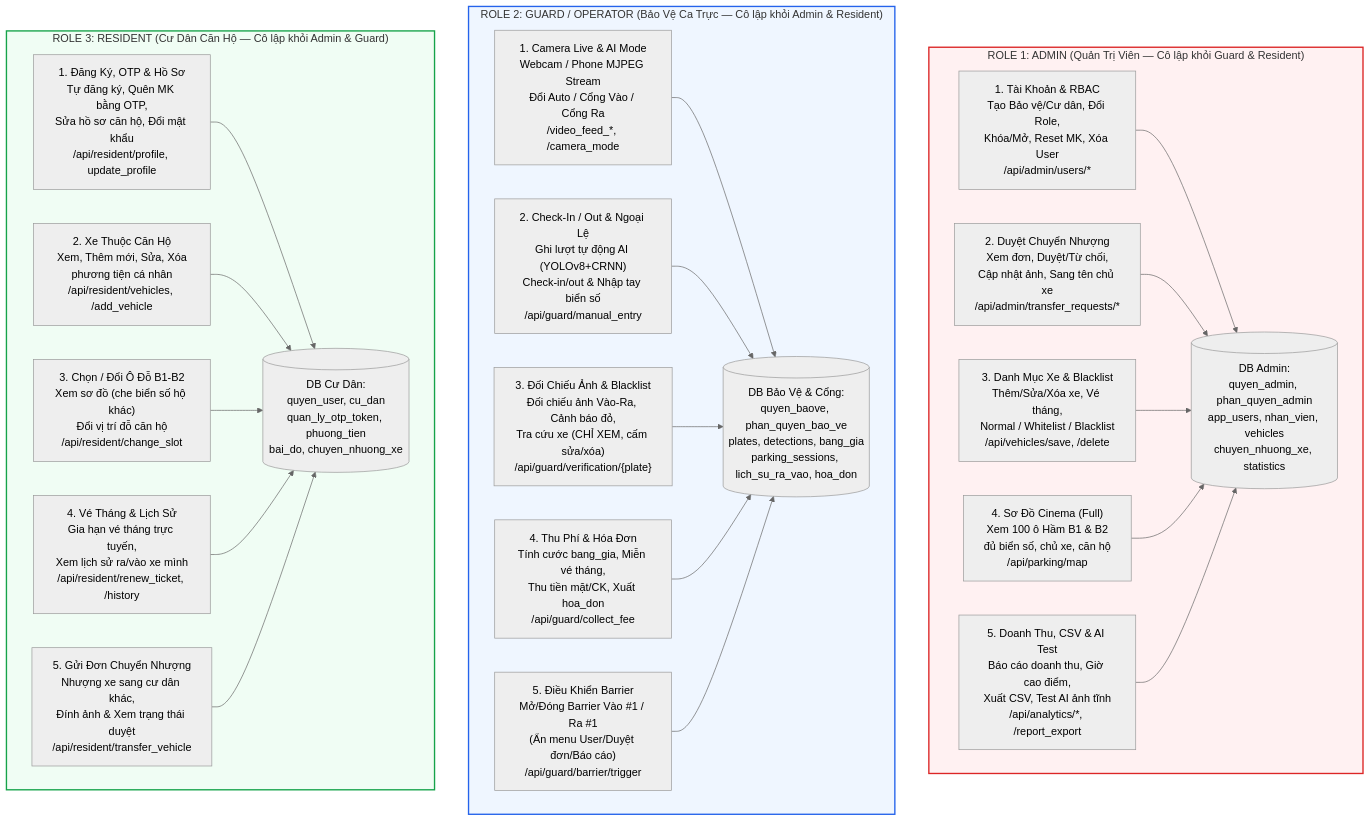
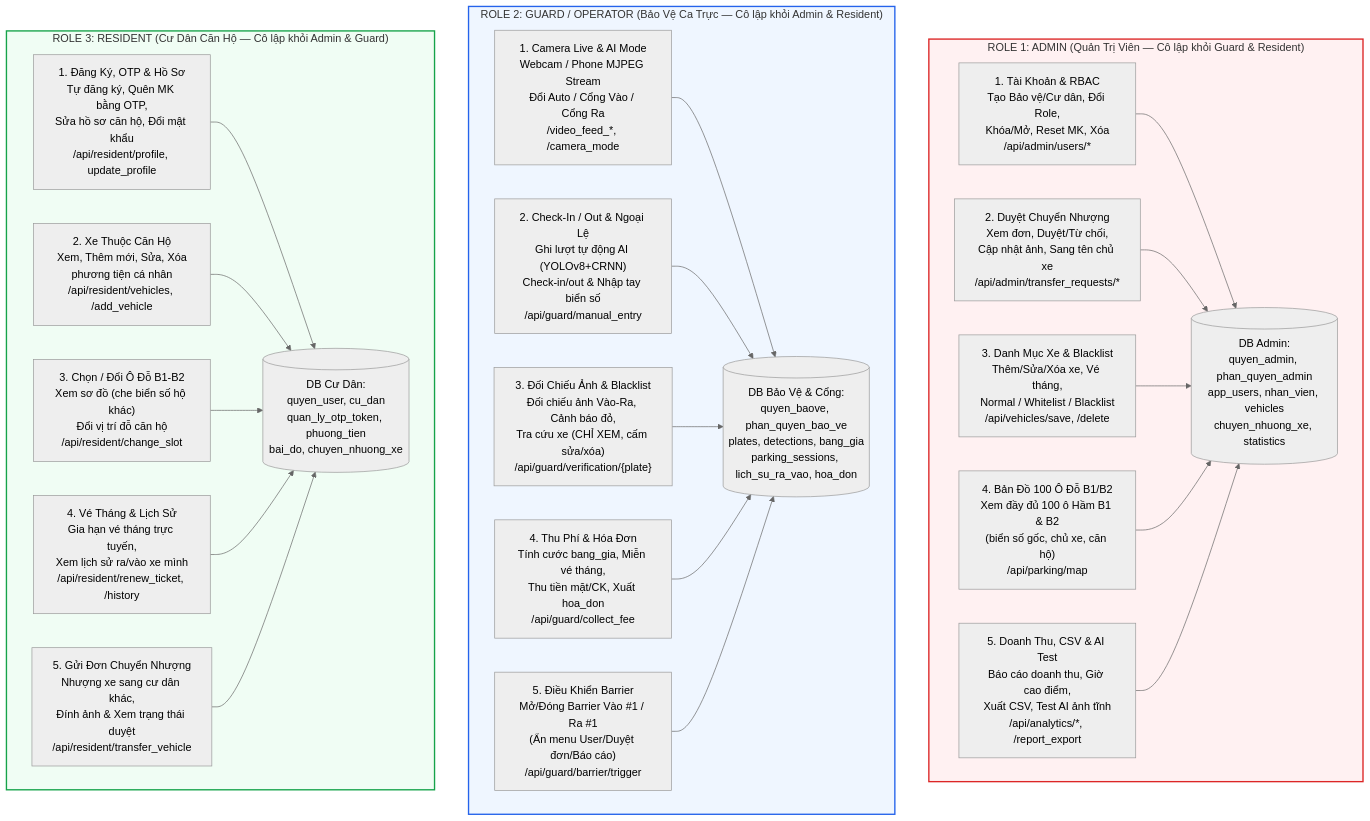
The second of 3 diagrams in README.md (Truong027/CNPM24), drawn with Mermaid (neutral theme) before and after one commit. The commit also changed other lines of this file and 1 other file, not shown here.

Commit message:
docs: isolate Admin/Guard/Resident panels and ban uses / uses guard view arrows in README & GitDiagram prompt

````diff
--- a/README.md
+++ b/README.md
@@ -73,57 +82,57 @@
 ```mermaid
 flowchart TB
     %% ================= ROLE 1: ADMIN (TÁCH BIỆT) =================
     subgraph Role1["ROLE 1: ADMIN (Quản Trị Viên — Cô lập khỏi Guard & Resident)"]
         direction LR
-        A_Users["1. Tài Khoản & RBAC<br/>Tạo Bảo vệ/Cư dân, Đổi Role,<br/>Khóa/Mở, Reset MK, Xóa User<br/>/api/admin/users/*"]
+        A_Users["1. Tài Khoản & RBAC<br/>Tạo Bảo vệ/Cư dân, Đổi Role,<br/>Khóa/Mở, Reset MK, Xóa<br/>/api/admin/users/*"]
         A_Transfer["2. Duyệt Chuyển Nhượng<br/>Xem đơn, Duyệt/Từ chối,<br/>Cập nhật ảnh, Sang tên chủ xe<br/>/api/admin/transfer_requests/*"]
         A_Veh["3. Danh Mục Xe & Blacklist<br/>Thêm/Sửa/Xóa xe, Vé tháng,<br/>Normal / Whitelist / Blacklist<br/>/api/vehicles/save, /delete"]
-        A_Map["4. Sơ Đồ Cinema (Full)<br/>Xem 100 ô Hầm B1 & B2<br/>đủ biển số, chủ xe, căn hộ<br/>/api/parking/map"]
+        A_Map["4. Bản Đồ 100 Ô Đỗ B1/B2<br/>Xem đầy đủ 100 ô Hầm B1 & B2<br/>(biển số gốc, chủ xe, căn hộ)<br/>/api/parking/map"]
         A_Stat["5. Doanh Thu, CSV & AI Test<br/>Báo cáo doanh thu, Giờ cao điểm,<br/>Xuất CSV, Test AI ảnh tĩnh<br/>/api/analytics/*, /report_export"]
         A_DB[("DB Admin:<br/>quyen_admin, phan_quyen_admin<br/>app_users, nhan_vien, vehicles<br/>chuyen_nhuong_xe, statistics")]
 
         A_Users --> A_DB
         A_Transfer --> A_DB
         A_Veh --> A_DB
         A_Map --> A_DB
         A_Stat --> A_DB
     end
 
-    %% ================= ROLE 2: GUARD / OPERATOR (TÁCH BIỆT) =================
+    %% ================= ROLE 2: GUARD (TÁCH BIỆT) =================
     subgraph Role2["ROLE 2: GUARD / OPERATOR (Bảo Vệ Ca Trực — Cô lập khỏi Admin & Resident)"]
         direction LR
         G_Cam["1. Camera Live & AI Mode<br/>Webcam / Phone MJPEG Stream<br/>Đổi Auto / Cổng Vào / Cổng Ra<br/>/video_feed_*, /camera_mode"]
         G_Gate["2. Check-In / Out & Ngoại Lệ<br/>Ghi lượt tự động AI (YOLOv8+CRNN)<br/>Check-in/out & Nhập tay biển số<br/>/api/guard/manual_entry"]
         G_Verify["3. Đối Chiếu Ảnh & Blacklist<br/>Đối chiếu ảnh Vào-Ra, Cảnh báo đỏ,<br/>Tra cứu xe (CHỈ XEM, cấm sửa/xóa)<br/>/api/guard/verification/{plate}"]
         G_Fee["4. Thu Phí & Hóa Đơn<br/>Tính cước bang_gia, Miễn vé tháng,<br/>Thu tiền mặt/CK, Xuất hoa_don<br/>/api/guard/collect_fee"]
         G_Bar["5. Điều Khiển Barrier<br/>Mở/Đóng Barrier Vào #1 / Ra #1<br/>(Ẩn menu User/Duyệt đơn/Báo cáo)<br/>/api/guard/barrier/trigger"]
         G_DB[("DB Bảo Vệ & Cổng:<br/>quyen_baove, phan_quyen_bao_ve<br/>plates, detections, bang_gia<br/>parking_sessions, lich_su_ra_vao, hoa_don")]
 
         G_Cam --> G_DB
         G_Gate --> G_DB
         G_Verify --> G_DB
         G_Fee --> G_DB
         G_Bar --> G_DB
     end
 
     %% ================= ROLE 3: RESIDENT (TÁCH BIỆT) =================
     subgraph Role3["ROLE 3: RESIDENT (Cư Dân Căn Hộ — Cô lập khỏi Admin & Guard)"]
         direction LR
         R_Prof["1. Đăng Ký, OTP & Hồ Sơ<br/>Tự đăng ký, Quên MK bằng OTP,<br/>Sửa hồ sơ căn hộ, Đổi mật khẩu<br/>/api/resident/profile, update_profile"]
         R_Veh["2. Xe Thuộc Căn Hộ<br/>Xem, Thêm mới, Sửa, Xóa<br/>phương tiện cá nhân<br/>/api/resident/vehicles, /add_vehicle"]
         R_Slot["3. Chọn / Đổi Ô Đỗ B1-B2<br/>Xem sơ đồ (che biển số hộ khác)<br/>Đổi vị trí đỗ căn hộ<br/>/api/resident/change_slot"]
         R_Ticket["4. Vé Tháng & Lịch Sử<br/>Gia hạn vé tháng trực tuyến,<br/>Xem lịch sử ra/vào xe mình<br/>/api/resident/renew_ticket, /history"]
         R_Trans["5. Gửi Đơn Chuyển Nhượng<br/>Nhượng xe sang cư dân khác,<br/>Đính ảnh & Xem trạng thái duyệt<br/>/api/resident/transfer_vehicle"]
         R_DB[("DB Cư Dân:<br/>quyen_user, cu_dan<br/>quan_ly_otp_token, phuong_tien<br/>bai_do, chuyen_nhuong_xe")]
 
         R_Prof --> R_DB
         R_Veh --> R_DB
         R_Slot --> R_DB
         R_Ticket --> R_DB
         R_Trans --> R_DB
     end
 
     style Role1 fill:#fff1f2,stroke:#dc2626,stroke-width:2px
     style Role2 fill:#eff6ff,stroke:#2563eb,stroke-width:2px
     style Role3 fill:#f0fdf4,stroke:#16a34a,stroke-width:2px
 ```
````
